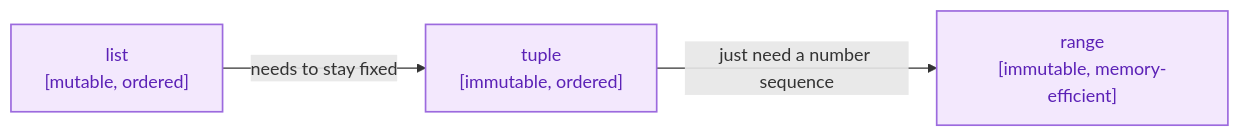
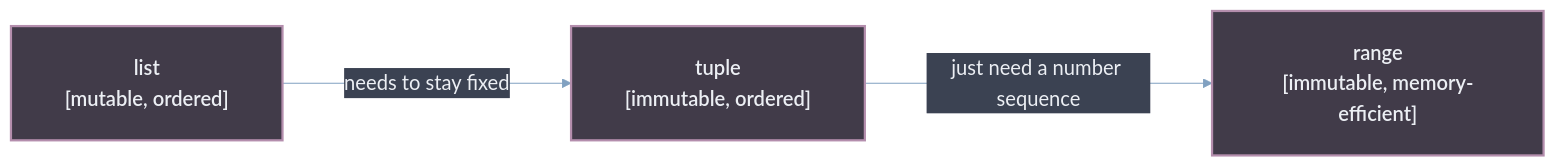
One commit to maliksiddiq/learning-agentic-ai changed the sixth of 9 diagrams in 01_ Python_For_ Agentic_ Ai/01 Data types/Readme.md. Above: the diagram before and after it, drawn with Mermaid. The commit also changed other lines of this file, not shown here.

````diff
--- a/01_ Python_For_ Agentic_ Ai/01 Data types/Readme.md
+++ b/01_ Python_For_ Agentic_ Ai/01 Data types/Readme.md
@@ -439,8 +444,9 @@
 ```mermaid
+%%{init: {'theme': 'base', 'themeVariables': {'background': '#2E3440', 'primaryColor': '#3B4252', 'primaryTextColor': '#ECEFF4', 'primaryBorderColor': '#B48EAD', 'lineColor': '#81A1C1', 'edgeLabelBackground': '#3B4252', 'fontSize': '18px', 'fontFamily': 'Segoe UI, Arial, sans-serif'}, 'flowchart': {'useMaxWidth': true, 'htmlLabels': true, 'nodeSpacing': 70, 'rankSpacing': 110, 'curve': 'basis', 'padding': 24}} }%%
 flowchart LR
     L["list<br>[mutable, ordered]"] -->|"needs to stay fixed"| T["tuple<br>[immutable, ordered]"]
     T -->|"just need a number sequence"| R["range<br>[immutable, memory-efficient]"]
 
-    classDef seq fill:#F3E8FD,color:#5B21B6,stroke:#9C6ADE,stroke-width:1.5px
+    classDef seq fill:#413B49,color:#ECEFF4,stroke:#B48EAD,stroke-width:2px,font-weight:600
     class L,T,R seq
 ```
````
